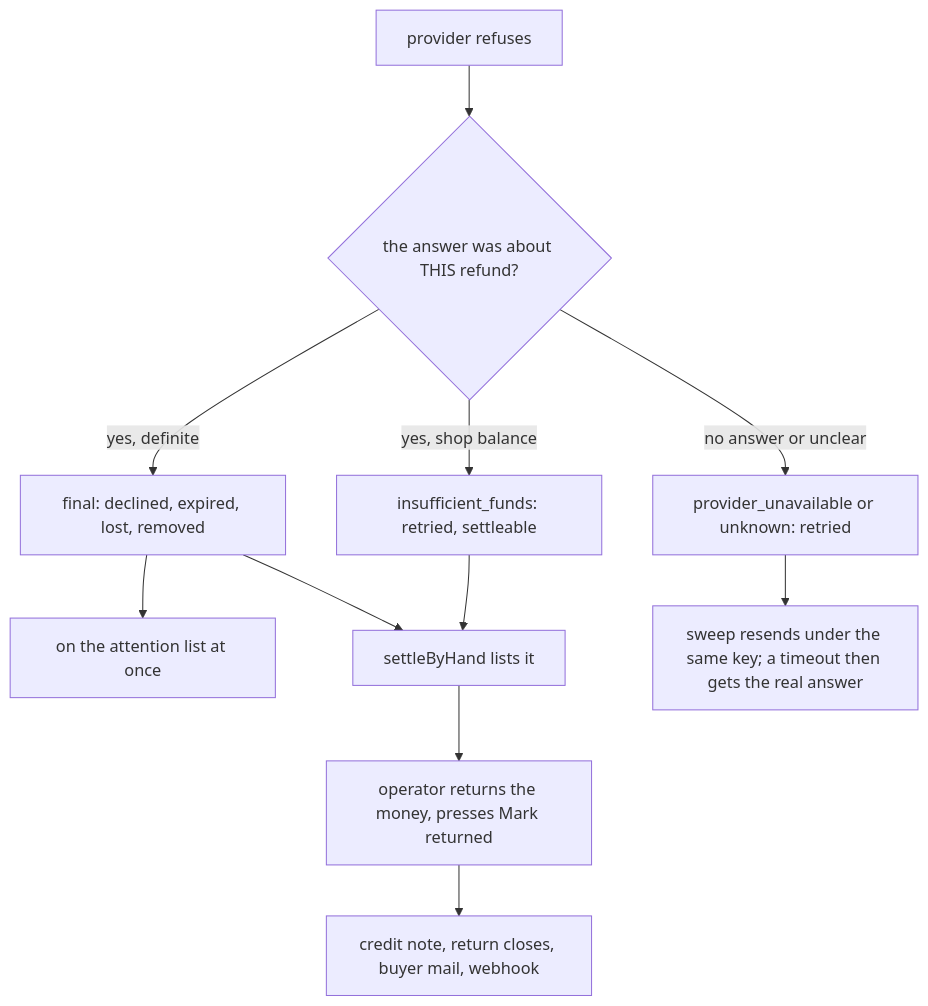
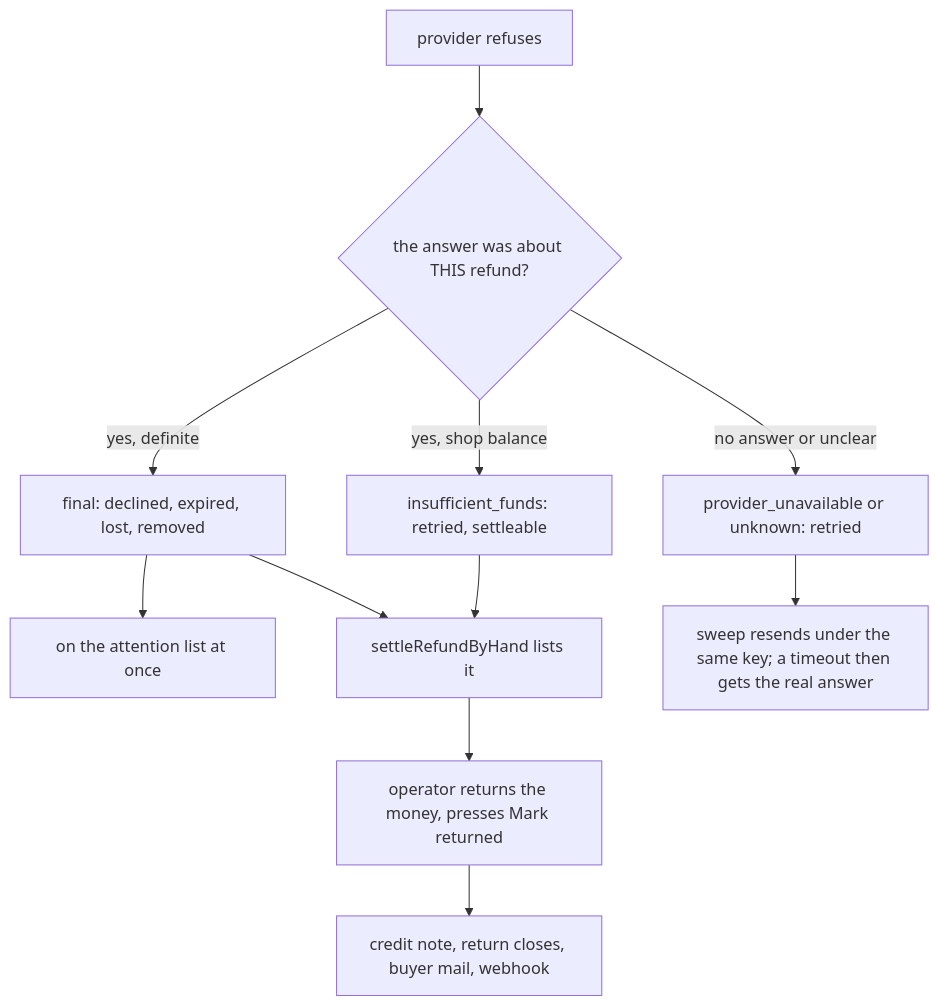
Before and after one commit to Guebbit/boilerplate-node-backend: the ninth of 18 diagrams in docs/modules/payments.md, drawn with Mermaid. The commit also changed other lines of this file and 39 other files, not shown here.

````diff
--- a/docs/modules/payments.md
+++ b/docs/modules/payments.md
@@ -512,13 +512,13 @@
 ```mermaid
 flowchart TD
     A[provider refuses] --> B{the answer was about THIS refund?}
     B -->|yes, definite| C[final: declined, expired, lost, removed]
     B -->|yes, shop balance| D[insufficient_funds: retried, settleable]
     B -->|no answer or unclear| E[provider_unavailable or unknown: retried]
     C --> F[on the attention list at once]
-    D --> G[settleByHand lists it]
+    D --> G[settleRefundByHand lists it]
     C --> G
     E --> H[sweep resends under the same key; a timeout then gets the real answer]
     G --> I[operator returns the money, presses Mark returned]
     I --> J[credit note, return closes, buyer mail, webhook]
 ```
````
